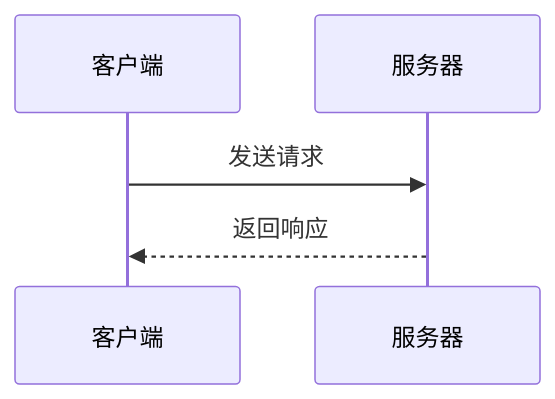
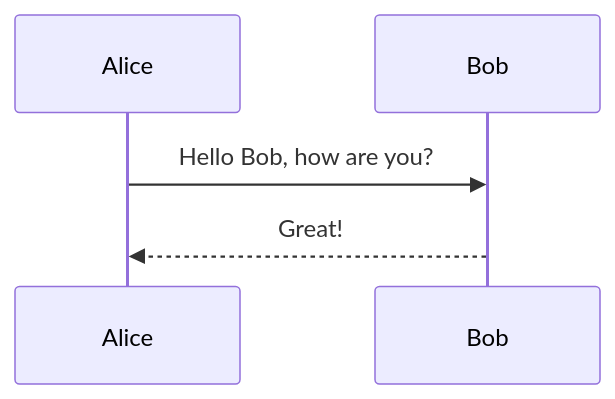
Before and after one commit to kiramyby/mermaid-render-mcp: the third of 4 diagrams in README.md, drawn with Mermaid. The commit also changed other lines of this file and 12 other files, not shown here.

Commit message:
use mermaid.ink

````diff
--- a/README.md
+++ b/README.md
@@ -101,7 +84,7 @@
 ```mermaid
 sequenceDiagram
-    participant A as 客户端
-    participant B as 服务器
-    A->>B: 发送请求
-    B-->>A: 返回响应
+    participant A as Alice
+    participant B as Bob
+    A->>B: Hello Bob, how are you?
+    B-->>A: Great!
 ```
````
